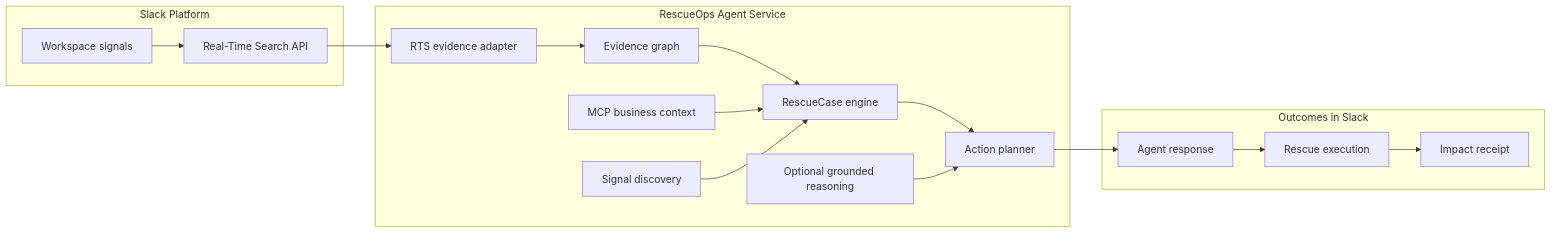
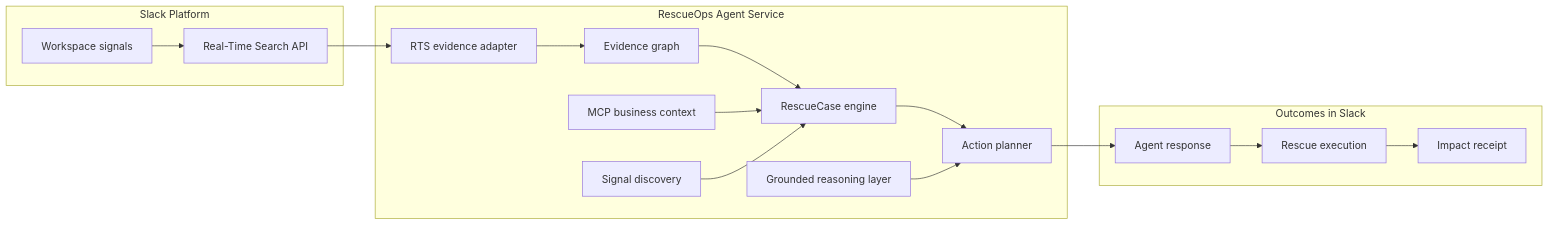
One commit to arpitraval/rescueops-revenue-rescue-agent changed the first of 2 diagrams in ARCHITECTURE.md. Above: the diagram before and after it, drawn with Mermaid. The commit also changed other lines of this file and 1 other file, not shown here.

Commit message:
Upload final Devpost architecture diagram

````diff
--- a/ARCHITECTURE.md
+++ b/ARCHITECTURE.md
@@ -5,23 +5,23 @@
 ```mermaid
 flowchart LR
-    subgraph S["Slack Platform"]
-        A["Workspace signals"] --> B["Real-Time Search API"]
+    subgraph slack_platform["Slack Platform"]
+        workspace_signals["Workspace signals"] --> realtime_search["Real-Time Search API"]
     end
 
-    subgraph R["RescueOps Agent Service"]
-        C["RTS evidence adapter"] --> D["Evidence graph"]
-        D --> E["RescueCase engine"]
-        E --> F["Action planner"]
-        G["MCP business context"] --> E
-        H["Signal discovery"] --> E
-        I["Optional grounded reasoning"] --> F
+    subgraph rescueops_service["RescueOps Agent Service"]
+        rts_adapter["RTS evidence adapter"] --> evidence_graph["Evidence graph"]
+        evidence_graph --> rescuecase_engine["RescueCase engine"]
+        rescuecase_engine --> action_planner["Action planner"]
+        mcp_context["MCP business context"] --> rescuecase_engine
+        signal_discovery["Signal discovery"] --> rescuecase_engine
+        grounded_reasoning["Grounded reasoning layer"] --> action_planner
     end
 
-    subgraph O["Outcomes in Slack"]
-        J["Agent response"] --> K["Rescue execution"]
-        K --> L["Impact receipt"]
+    subgraph outcomes["Outcomes in Slack"]
+        agent_response["Agent response"] --> rescue_execution["Rescue execution"]
+        rescue_execution --> impact_receipt["Impact receipt"]
     end
 
-    B --> C
-    F --> J
+    realtime_search --> rts_adapter
+    action_planner --> agent_response
 ```
````
